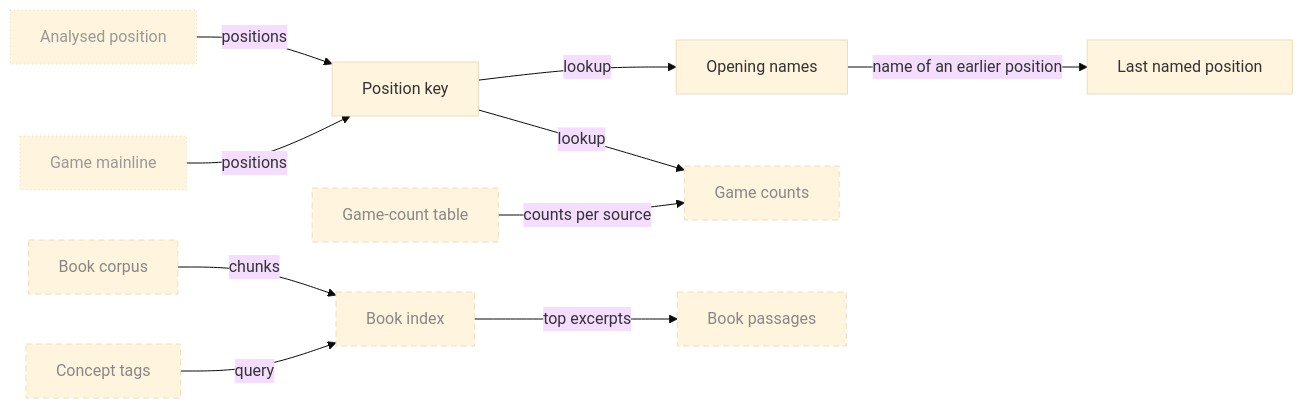
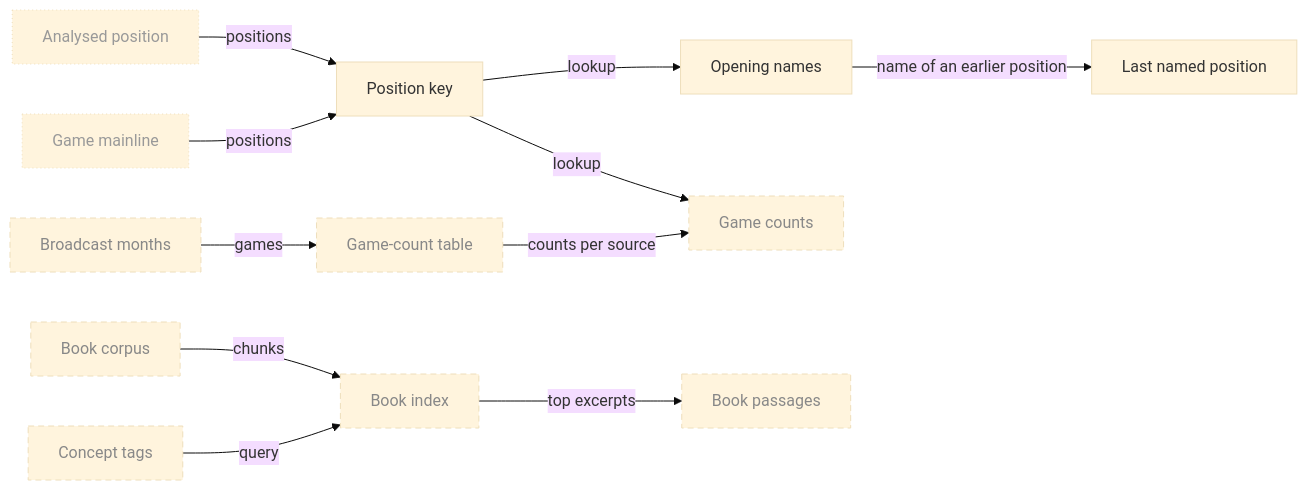
Before and after one commit to aurja/ChessWhy: the ninth of 21 diagrams in Planning/DBC/CONCEPTS.md, drawn with Mermaid (base theme). The commit also changed other lines of this file and 7 other files, not shown here.

````diff
--- a/Planning/DBC/CONCEPTS.md
+++ b/Planning/DBC/CONCEPTS.md
@@ -378,26 +384,28 @@
 ```mermaid
 flowchart LR
     AnalysedPosition["Analysed position"]
     GameMainline["Game mainline"]
+    BroadcastMonths["Broadcast months"]
     PositionKey["Position key"]
     OpeningNames["Opening names"]
     LastNamed["Last named position"]
     GameTable["Game-count table"]
     GameCounts["Game counts"]
     BookCorpus["Book corpus"]
     BookIndex["Book index"]
     ConceptTags["Concept tags"]
     BookPassages["Book passages"]
     AnalysedPosition & GameMainline -->|positions| PositionKey
     PositionKey -->|lookup| OpeningNames & GameCounts
     OpeningNames -->|name of an earlier position| LastNamed
+    BroadcastMonths -->|games| GameTable
     GameTable -->|counts per source| GameCounts
     BookCorpus -->|chunks| BookIndex
     ConceptTags -->|query| BookIndex
     BookIndex -->|top excerpts| BookPassages
     classDef planned stroke-dasharray:6 4,color:#888
     classDef partial stroke-dasharray:2 2
     classDef external stroke-dasharray:1 3,color:#999
     class AnalysedPosition,GameMainline external
-    class GameTable,GameCounts,BookCorpus,BookIndex,ConceptTags,BookPassages planned
+    class BroadcastMonths,GameTable,GameCounts,BookCorpus,BookIndex,ConceptTags,BookPassages planned
 ```
````
